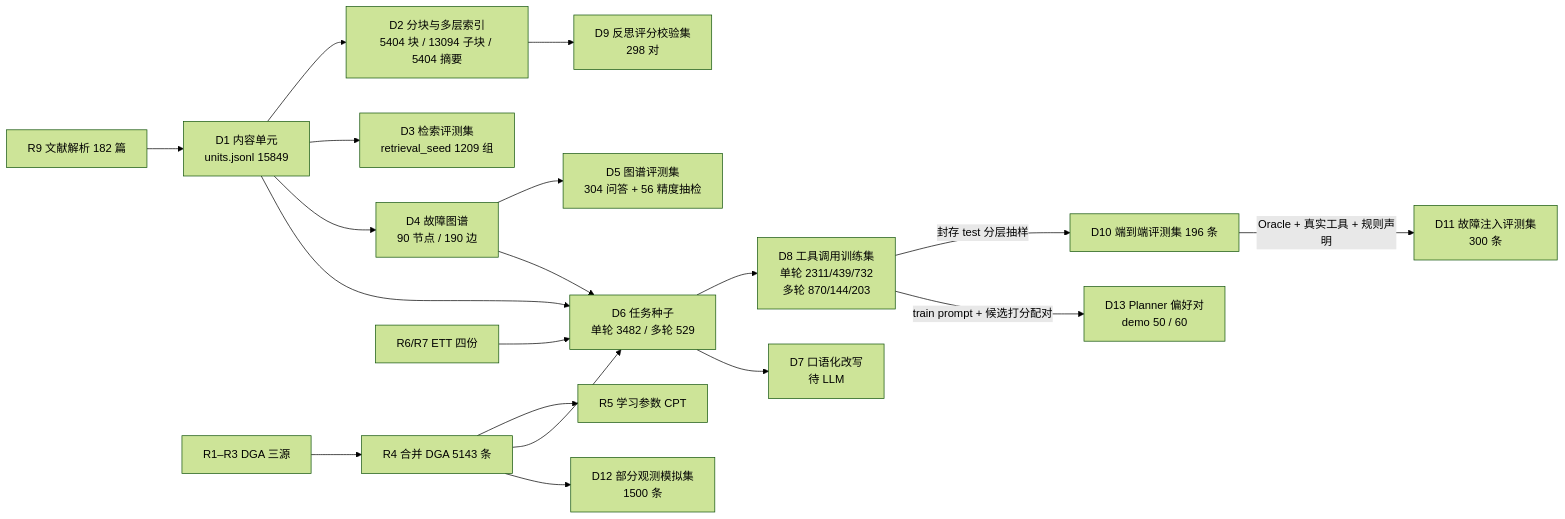
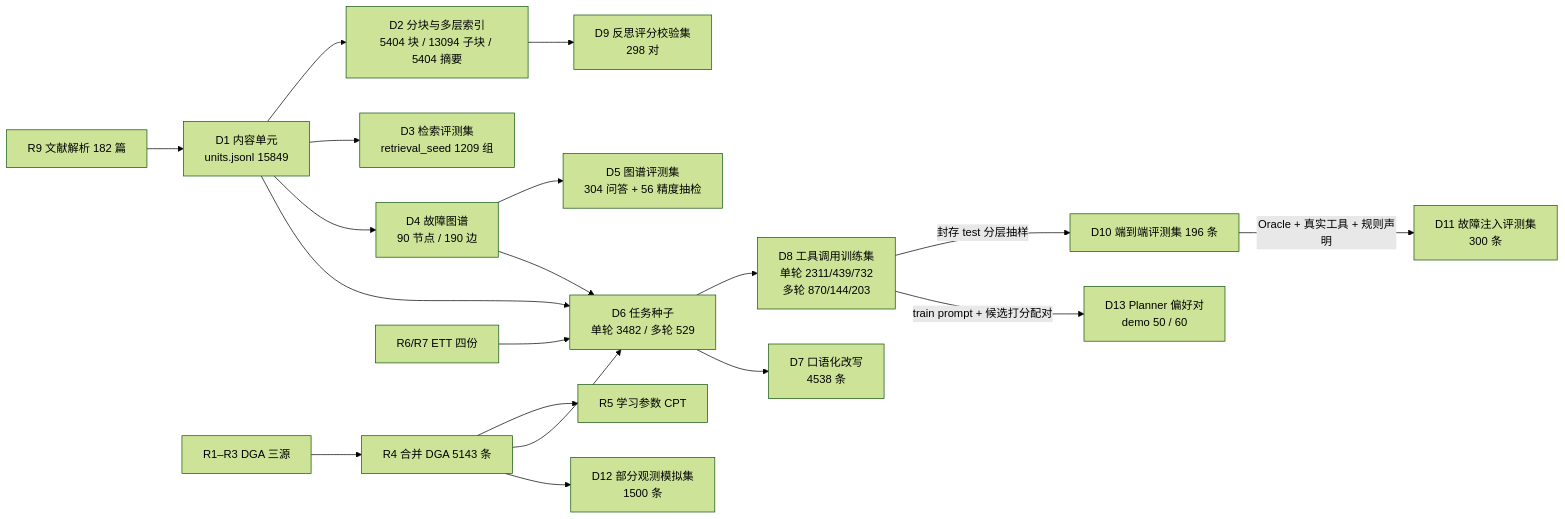
One commit to tang02-t/e_mutiAgent changed the first of 2 diagrams in docs/data_and_evaluation.md. Above: the diagram before and after it, drawn with Mermaid (forest theme). The commit also changed other lines of this file and 17 other files, not shown here.

````diff
--- a/docs/data_and_evaluation.md
+++ b/docs/data_and_evaluation.md
@@ -62,20 +62,20 @@
 ```mermaid
 flowchart LR
     R9[R9 文献解析 182 篇] --> D1[D1 内容单元<br/>units.jsonl 15849]
     D1 --> D2[D2 分块与多层索引<br/>5404 块 / 13094 子块 / 5404 摘要]
     D1 --> D3[D3 检索评测集<br/>retrieval_seed 1209 组]
     D1 --> D4[D4 故障图谱<br/>90 节点 / 190 边]
     D4 --> D5[D5 图谱评测集<br/>304 问答 + 56 精度抽检]
     D2 --> D9[D9 反思评分校验集<br/>298 对]
     R1R3[R1–R3 DGA 三源] --> R4[R4 合并 DGA 5143 条] --> R5[R5 学习参数 CPT]
     R4 --> D6
     R4 --> D12[D12 部分观测模拟集<br/>1500 条]
     R67[R6/R7 ETT 四份] --> D6
     D1 --> D6[D6 任务种子<br/>单轮 3482 / 多轮 529]
     D4 --> D6
     D6 --> D8[D8 工具调用训练集<br/>单轮 2311/439/732<br/>多轮 870/144/203]
-    D6 --> D7[D7 口语化改写<br/>待 LLM]
+    D6 --> D7[D7 口语化改写<br/>4538 条]
     D8 -->|封存 test 分层抽样| D10[D10 端到端评测集 196 条]
     D10 -->|Oracle + 真实工具 + 规则声明| D11[D11 故障注入评测集<br/>300 条]
     D8 -->|train prompt + 候选打分配对| D13[D13 Planner 偏好对<br/>demo 50 / 60]
 ```
````
